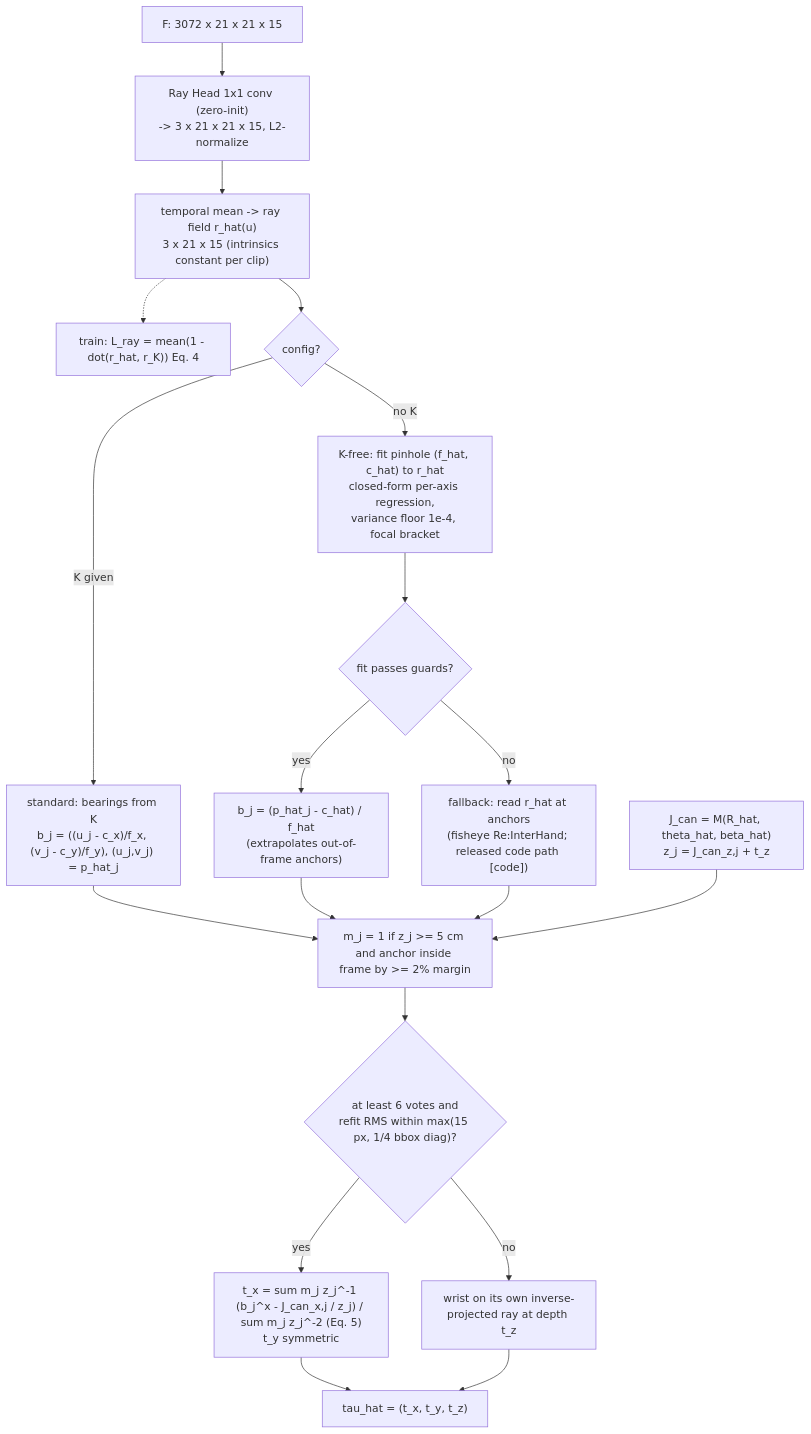
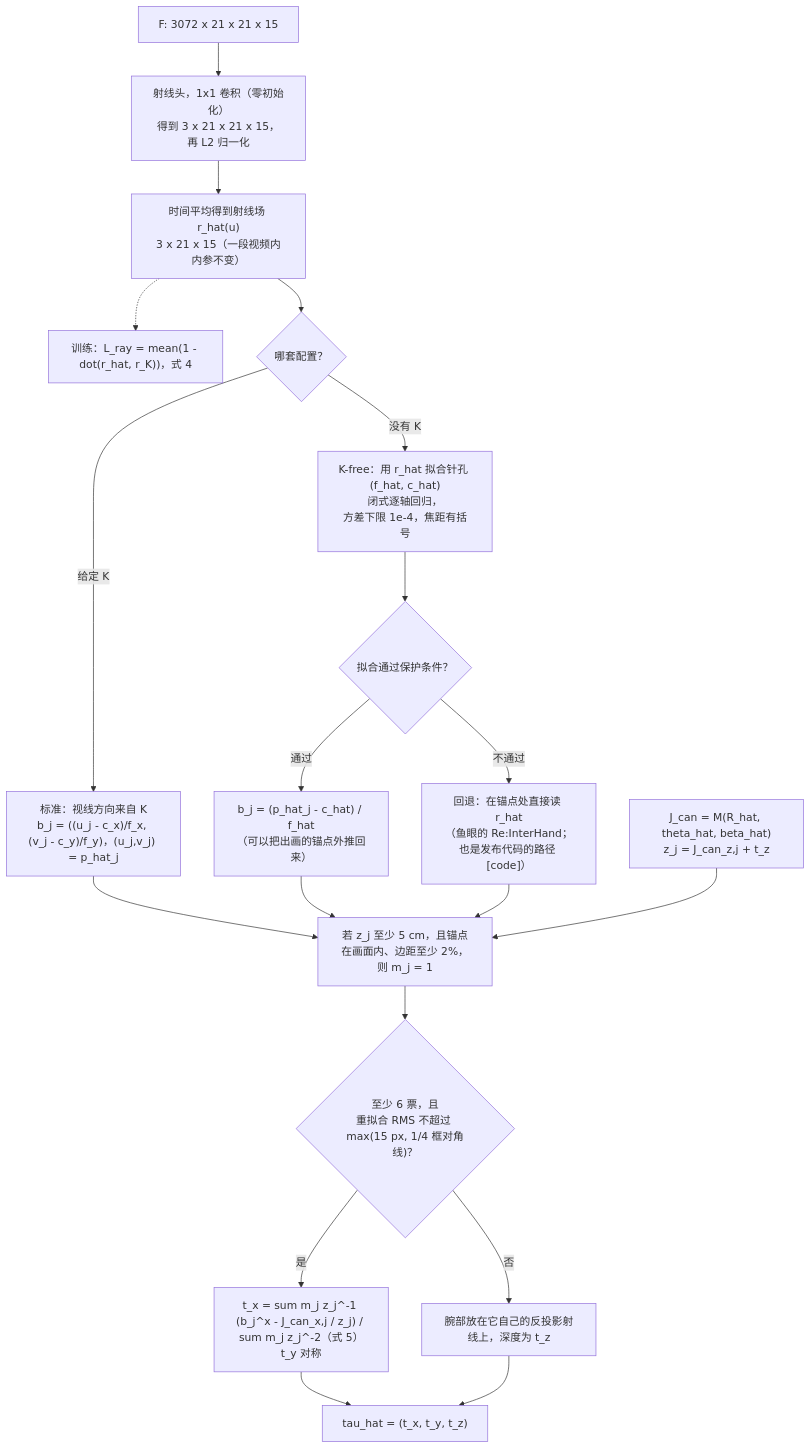
Before and after one commit to Ziyang-Li-AILab/liziyang_projects: the fourth of 6 diagrams in repro/2608.20308/method-flowchart.md, drawn with Mermaid. The commit also changed other lines of this file and 30 other files, not shown here.

````diff
--- a/repro/2608.20308/method-flowchart.md
+++ b/repro/2608.20308/method-flowchart.md
@@ -139,35 +139,35 @@
 ```mermaid
 flowchart TB
     F["F: 3072 x 21 x 21 x 15"]
-    RH["Ray Head 1x1 conv (zero-init)<br/>-> 3 x 21 x 21 x 15, L2-normalize"]
-    TM["temporal mean -> ray field r_hat(u)<br/>3 x 21 x 15 (intrinsics constant per clip)"]
-    LRAY["train: L_ray = mean(1 - dot(r_hat, r_K)) Eq. 4"]
+    RH["射线头，1x1 卷积（零初始化）<br/>得到 3 x 21 x 21 x 15，再 L2 归一化"]
+    TM["时间平均得到射线场 r_hat(u)<br/>3 x 21 x 15（一段视频内内参不变）"]
+    LRAY["训练：L_ray = mean(1 - dot(r_hat, r_K))，式 4"]
 
-    CFG{"config?"}
-    KG["standard: bearings from K<br/>b_j = ((u_j - c_x)/f_x, (v_j - c_y)/f_y), (u_j,v_j) = p_hat_j"]
-    KF["K-free: fit pinhole (f_hat, c_hat) to r_hat<br/>closed-form per-axis regression,<br/>variance floor 1e-4, focal bracket"]
-    KFOK{"fit passes guards?"}
-    BFIT["b_j = (p_hat_j - c_hat) / f_hat<br/>(extrapolates out-of-frame anchors)"]
-    BRAW["fallback: read r_hat at anchors<br/>(fisheye Re:InterHand; released code path [code])"]
+    CFG{"哪套配置？"}
+    KG["标准：视线方向来自 K<br/>b_j = ((u_j - c_x)/f_x, (v_j - c_y)/f_y)，(u_j,v_j) = p_hat_j"]
+    KF["K-free：用 r_hat 拟合针孔 (f_hat, c_hat)<br/>闭式逐轴回归，<br/>方差下限 1e-4，焦距有括号"]
+    KFOK{"拟合通过保护条件？"}
+    BFIT["b_j = (p_hat_j - c_hat) / f_hat<br/>（可以把出画的锚点外推回来）"]
+    BRAW["回退：在锚点处直接读 r_hat<br/>（鱼眼的 Re:InterHand；也是发布代码的路径 [code]）"]
 
     JC["J_can = M(R_hat, theta_hat, beta_hat)<br/>z_j = J_can_z,j + t_z"]
-    MASK["m_j = 1 if z_j >= 5 cm and anchor inside frame by >= 2% margin"]
-    GATE{"at least 6 votes and<br/>refit RMS within max(15 px, 1/4 bbox diag)?"}
-    LS["t_x = sum m_j z_j^-1 (b_j^x - J_can_x,j / z_j) / sum m_j z_j^-2 (Eq. 5)<br/>t_y symmetric"]
-    FB["wrist on its own inverse-projected ray at depth t_z"]
+    MASK["若 z_j 至少 5 cm，且锚点在画面内、边距至少 2%，则 m_j = 1"]
+    GATE{"至少 6 票，且<br/>重拟合 RMS 不超过 max(15 px, 1/4 框对角线)？"}
+    LS["t_x = sum m_j z_j^-1 (b_j^x - J_can_x,j / z_j) / sum m_j z_j^-2（式 5）<br/>t_y 对称"]
+    FB["腕部放在它自己的反投影射线上，深度为 t_z"]
     TAU["tau_hat = (t_x, t_y, t_z)"]
 
     F --> RH --> TM
     TM -.-> LRAY
     TM --> CFG
-    CFG -->|"K given"| KG
-    CFG -->|"no K"| KF --> KFOK
-    KFOK -->|"yes"| BFIT
-    KFOK -->|"no"| BRAW
+    CFG -->|"给定 K"| KG
+    CFG -->|"没有 K"| KF --> KFOK
+    KFOK -->|"通过"| BFIT
+    KFOK -->|"不通过"| BRAW
     KG --> MASK
     BFIT --> MASK
     BRAW --> MASK
     JC --> MASK --> GATE
-    GATE -->|"yes"| LS --> TAU
-    GATE -->|"no"| FB --> TAU
+    GATE -->|"是"| LS --> TAU
+    GATE -->|"否"| FB --> TAU
 ```
````
